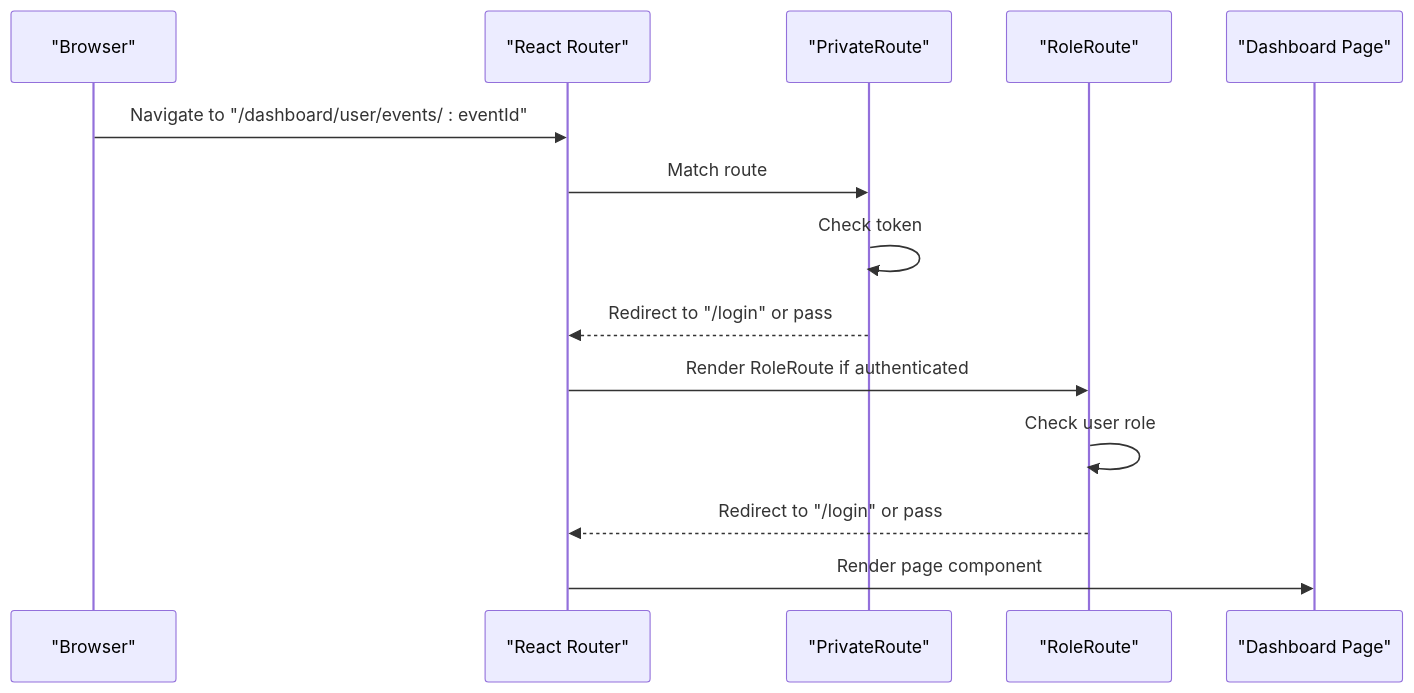
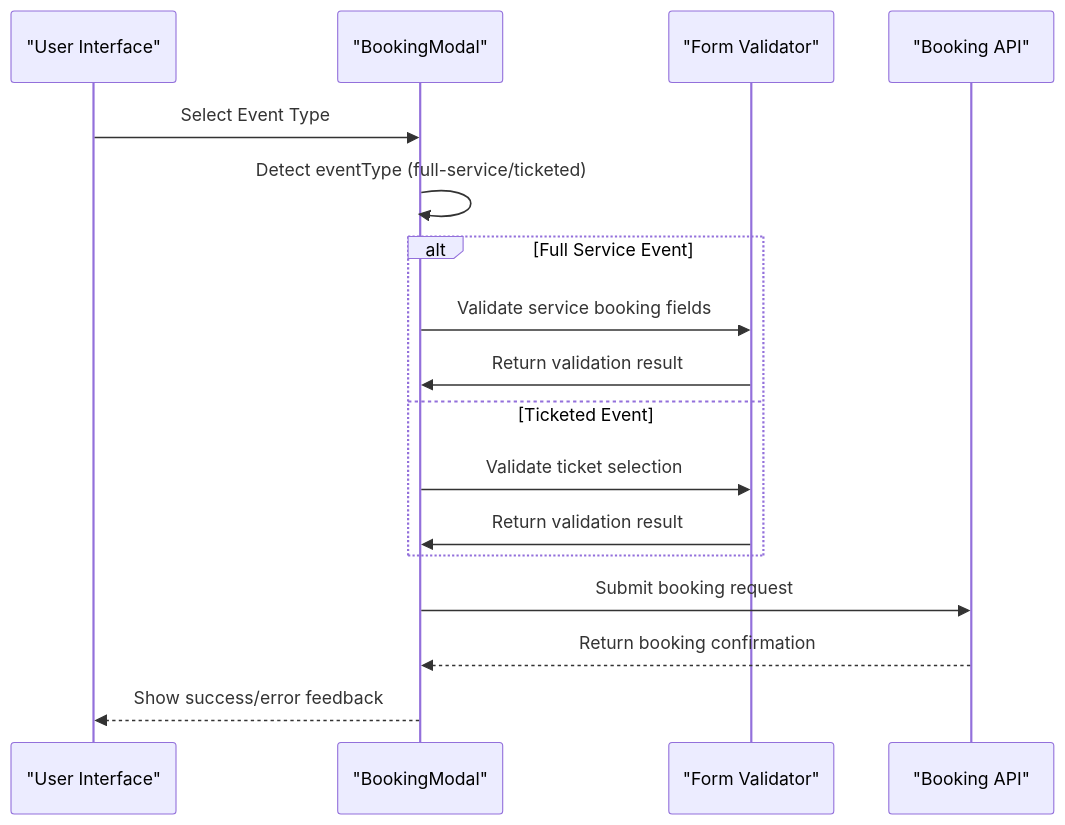
The third of 16 diagrams in .qoder/repowiki/en/content/Frontend Architecture/Frontend Architecture.md (meghanamallela69-tech/event), drawn with Mermaid before and after one commit. The commit also changed other lines of this file and 63 other files, not shown here.

````diff
--- a/.qoder/repowiki/en/content/Frontend Architecture/Frontend Architecture.md
+++ b/.qoder/repowiki/en/content/Frontend Architecture/Frontend Architecture.md
@@ -205,16 +203,19 @@
 ```mermaid
 sequenceDiagram
-participant Browser as "Browser"
-participant Router as "React Router"
-participant Guard as "PrivateRoute"
-participant Role as "RoleRoute"
-participant Page as "Dashboard Page"
-Browser->>Router : Navigate to "/dashboard/user/events/ : eventId"
-Router->>Guard : Match route
-Guard->>Guard : Check token
-Guard-->>Router : Redirect to "/login" or pass
-Router->>Role : Render RoleRoute if authenticated
-Role->>Role : Check user role
-Role-->>Router : Redirect to "/login" or pass
-Router->>Page : Render page component
+participant User as "User Interface"
+participant Modal as "BookingModal"
+participant Validator as "Form Validator"
+participant API as "Booking API"
+User->>Modal : Select Event Type
+Modal->>Modal : Detect eventType (full-service/ticketed)
+alt Full Service Event
+Modal->>Validator : Validate service booking fields
+Validator->>Modal : Return validation result
+else Ticketed Event
+Modal->>Validator : Validate ticket selection
+Validator->>Modal : Return validation result
+end
+Modal->>API : Submit booking request
+API-->>Modal : Return booking confirmation
+Modal-->>User : Show success/error feedback
 ```
````
